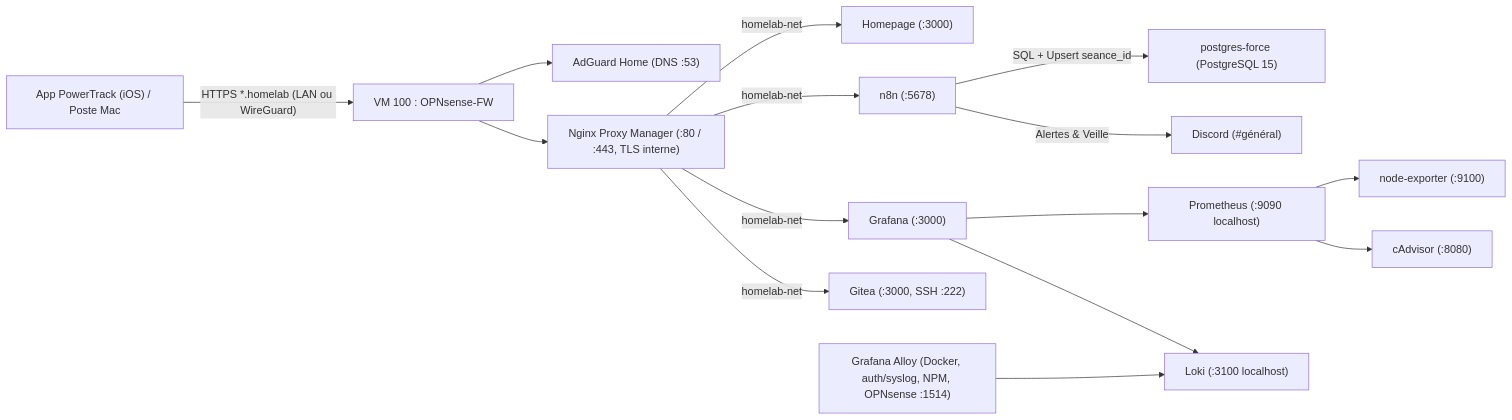
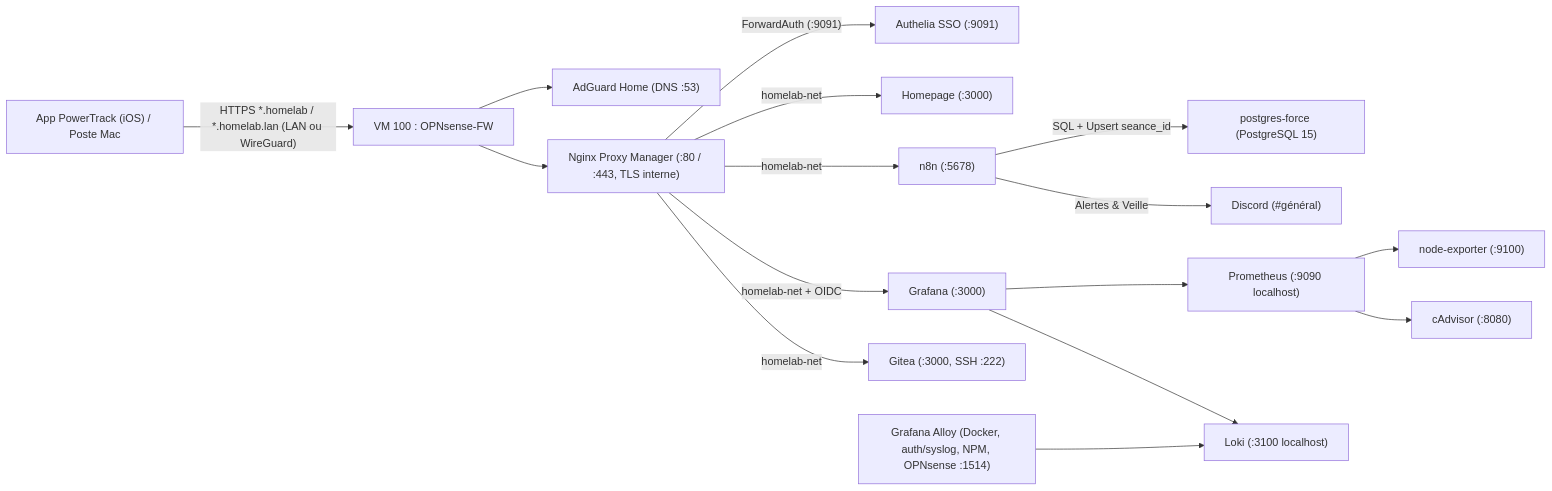
The diagram in README.md (Ethan-Ruders/homelab), drawn with Mermaid before and after one commit. The commit also changed other lines of this file and 13 other files, not shown here.

Commit message:
feat(auth): deploy Authelia SSO on *.homelab.lan with NPM ForwardAuth and Grafana OIDC

````diff
--- a/README.md
+++ b/README.md
@@ -11,17 +11,18 @@
 ```mermaid
 flowchart LR
-    Client["App PowerTrack (iOS) / Poste Mac"] -->|"HTTPS *.homelab (LAN ou WireGuard)"| OPN["VM 100 : OPNsense-FW"]
+    Client["App PowerTrack (iOS) / Poste Mac"] -->|"HTTPS *.homelab / *.homelab.lan (LAN ou WireGuard)"| OPN["VM 100 : OPNsense-FW"]
     OPN --> AdGuard["AdGuard Home (DNS :53)"]
     OPN --> NPM["Nginx Proxy Manager (:80 / :443, TLS interne)"]
+    NPM -->|"ForwardAuth (:9091)"| Authelia["Authelia SSO (:9091)"]
     NPM -->|"homelab-net"| Homepage["Homepage (:3000)"]
     NPM -->|"homelab-net"| N8N["n8n (:5678)"]
-    NPM -->|"homelab-net"| Grafana["Grafana (:3000)"]
+    NPM -->|"homelab-net + OIDC"| Grafana["Grafana (:3000)"]
     NPM -->|"homelab-net"| Gitea["Gitea (:3000, SSH :222)"]
     N8N -->|"SQL + Upsert seance_id"| PG["postgres-force (PostgreSQL 15)"]
     N8N -->|"Alertes & Veille"| Discord["Discord (#général)"]
     Prom["Prometheus (:9090 localhost)"] --> NodeExp["node-exporter (:9100)"]
     Prom --> cAdvisor["cAdvisor (:8080)"]
     Alloy["Grafana Alloy (Docker, auth/syslog, NPM, OPNsense :1514)"] --> Loki["Loki (:3100 localhost)"]
     Grafana --> Prom
     Grafana --> Loki
 ```
````
